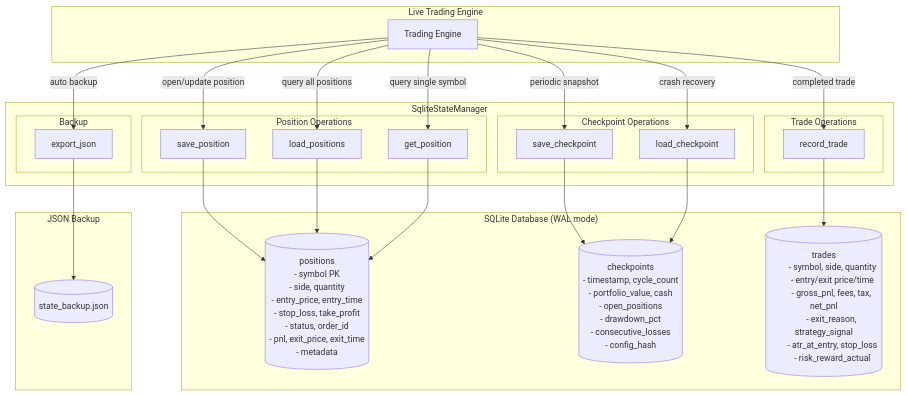
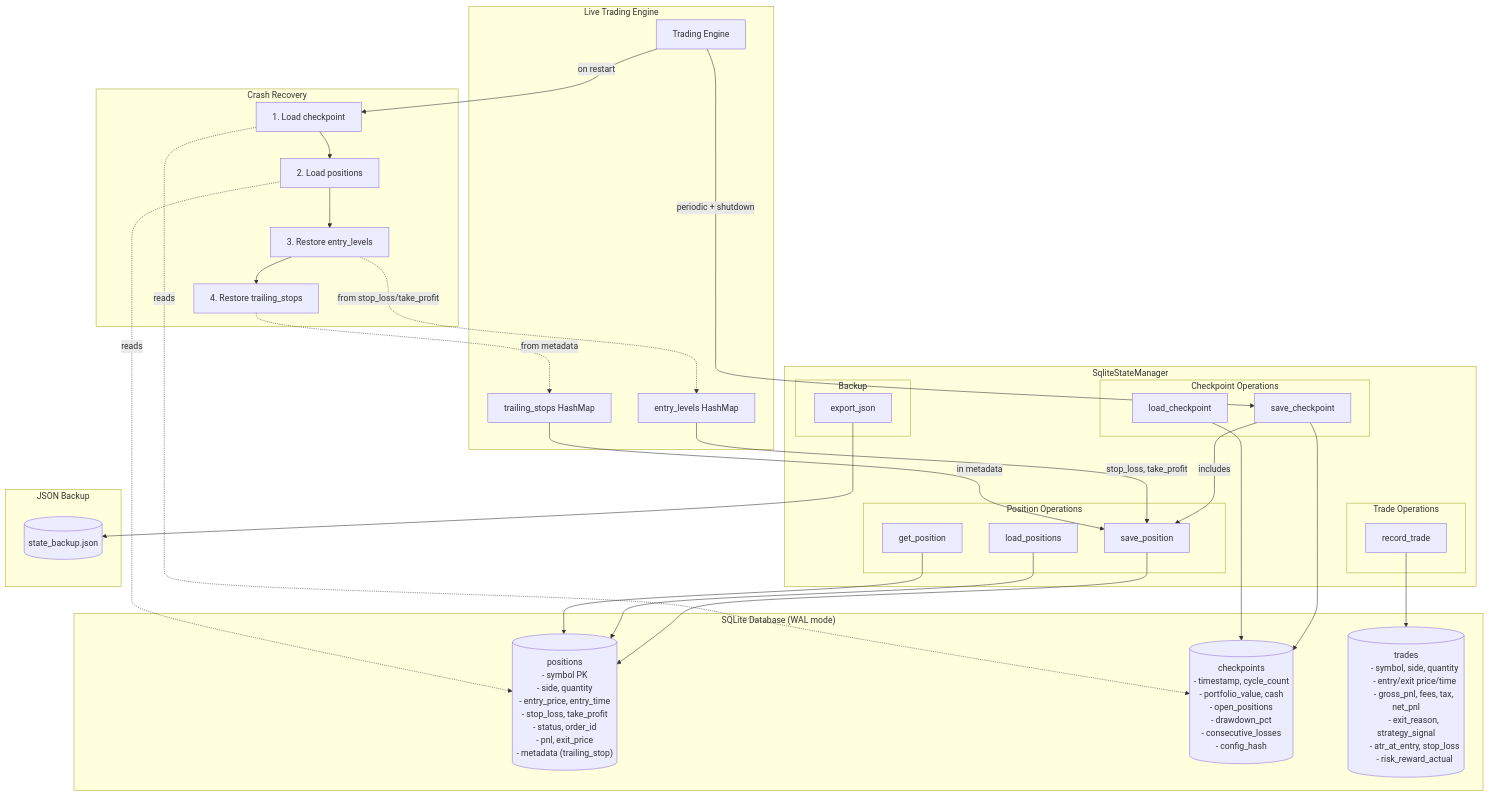
The seventh of 8 diagrams in docs/ARCHITECTURE.md (P0W/crypto-strategies), drawn with Mermaid before and after one commit. The commit also changed other lines of this file and 1 other file, not shown here.

Commit message:
fix: persist stop_loss/take_profit/trailing_stop for crash recovery
- save_checkpoint now persists entry_levels (stop_loss, take_profit)
- trailing_stops saved in position metadata
- recover_state restores all cached levels on restart
- Updated ARCHITECTURE.md with crash recovery flow

````diff
--- a/docs/ARCHITECTURE.md
+++ b/docs/ARCHITECTURE.md
@@ -264,6 +264,8 @@
 flowchart TD
     subgraph LiveTrading["Live Trading Engine"]
         Engine["Trading Engine"]
+        EntryLevels["entry_levels HashMap"]
+        TrailingStops["trailing_stops HashMap"]
     end
 
     subgraph StateManager["SqliteStateManager"]
@@ -291,8 +293,8 @@
         - entry_price, entry_time
         - stop_loss, take_profit
         - status, order_id
-        - pnl, exit_price, exit_time
-        - metadata")]
+        - pnl, exit_price
+        - metadata (trailing_stop)")]
         Checkpoints[("checkpoints
         - timestamp, cycle_count
         - portfolio_value, cash
@@ -313,13 +315,22 @@
         JSONFile[("state_backup.json")]
     end
 
-    Engine -->|open/update position| SavePos
-    Engine -->|query all positions| LoadPos
-    Engine -->|query single symbol| GetPos
-    Engine -->|periodic snapshot| SaveChk
-    Engine -->|crash recovery| LoadChk
-    Engine -->|completed trade| RecordTrade
-    Engine -->|auto backup| ExportJSON
+    subgraph Recovery["Crash Recovery"]
+        LoadChkRecovery["1. Load checkpoint"]
+        LoadPosRecovery["2. Load positions"]
+        RestoreLevels["3. Restore entry_levels"]
+        RestoreTrailing["4. Restore trailing_stops"]
+    end
+
+    Engine -->|periodic + shutdown| SaveChk
+    SaveChk -->|includes| SavePos
+    EntryLevels -->|stop_loss, take_profit| SavePos
+    TrailingStops -->|in metadata| SavePos
+
+    Engine -->|on restart| LoadChkRecovery
+    LoadChkRecovery --> LoadPosRecovery
+    LoadPosRecovery --> RestoreLevels
+    RestoreLevels --> RestoreTrailing
 
     SavePos --> Positions
     LoadPos --> Positions
@@ -328,4 +339,9 @@
     LoadChk --> Checkpoints
     RecordTrade --> Trades
     ExportJSON --> JSONFile
+
+    LoadChkRecovery -.->|reads| Checkpoints
+    LoadPosRecovery -.->|reads| Positions
+    RestoreLevels -.->|from stop_loss/take_profit| EntryLevels
+    RestoreTrailing -.->|from metadata| TrailingStops
 ```
````
